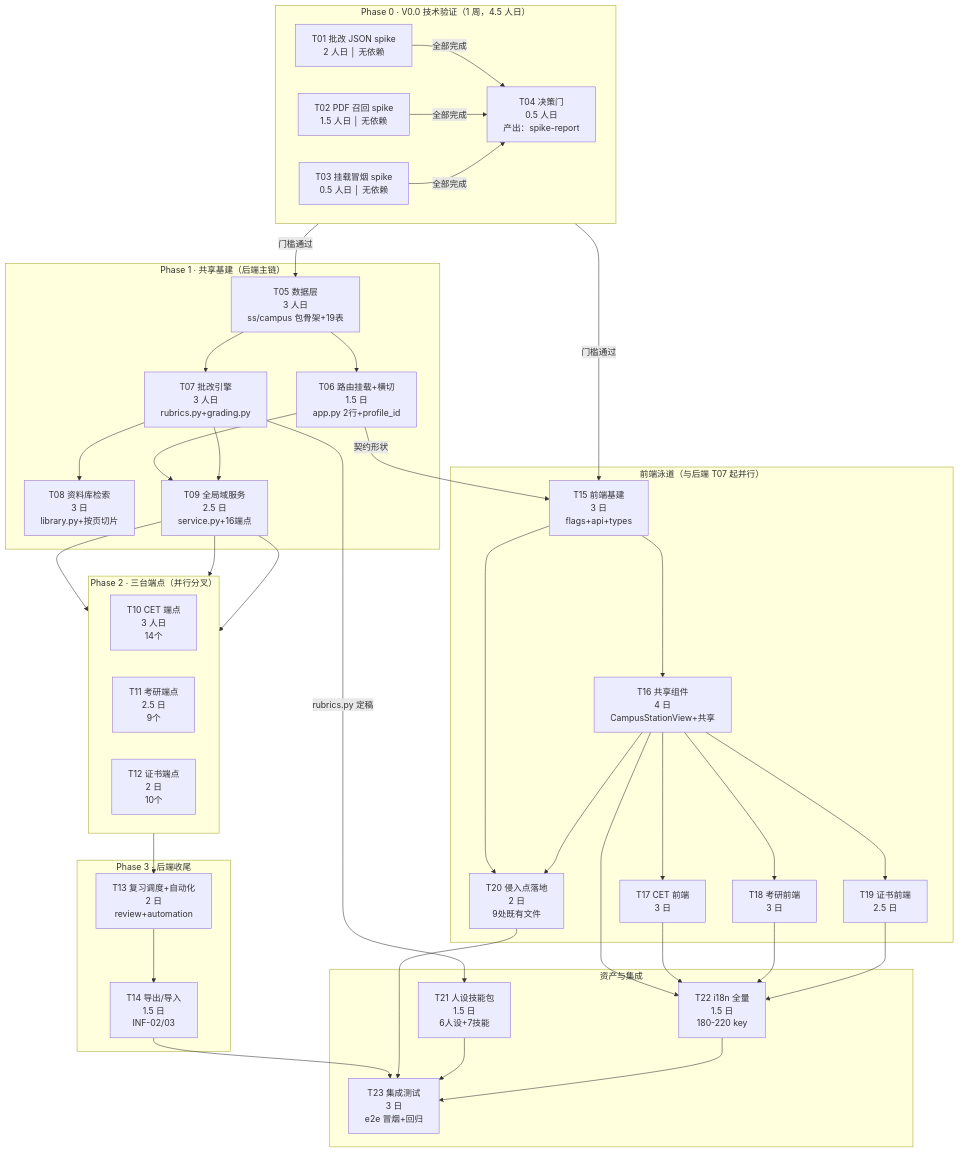
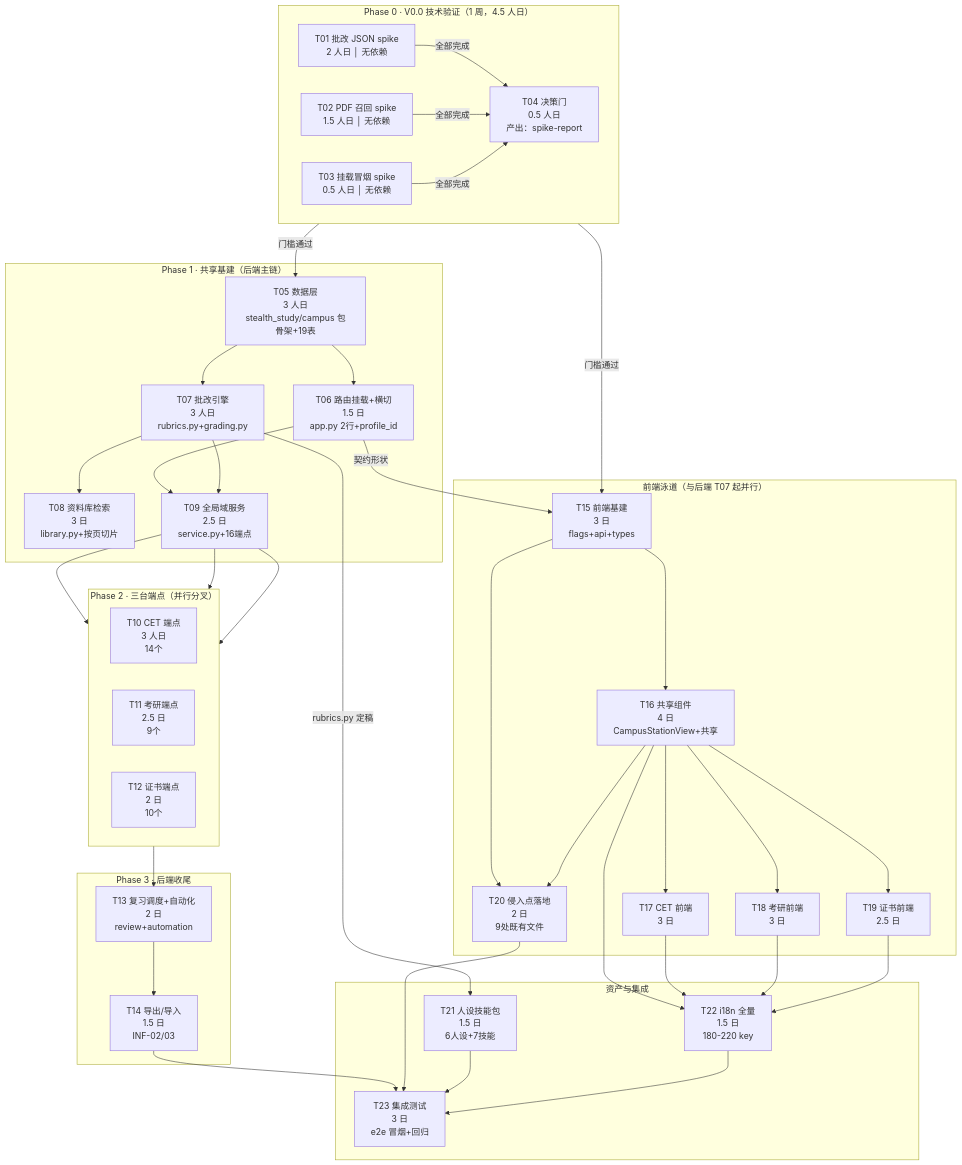
The diagram in docs/dev/09-开发任务路径.md (light-misty/Stealth-Study), drawn with Mermaid before and after one commit. The commit also changed 433 other files, not shown here.

First line of the commit message:
refactor(package): Python 包由 ss 更名为 stealth_study

````diff
--- a/docs/dev/09-开发任务路径.md
+++ b/docs/dev/09-开发任务路径.md
@@ -27,77 +27,77 @@
 ```mermaid
 flowchart TB
     subgraph PHASE0["Phase 0 · V0.0 技术验证（1 周，4.5 人日）"]
         direction LR
         T01["T01 批改 JSON spike<br/>2 人日 │ 无依赖"]
         T02["T02 PDF 召回 spike<br/>1.5 人日 │ 无依赖"]
         T03["T03 挂载冒烟 spike<br/>0.5 人日 │ 无依赖"]
         T01 & T02 & T03 -->|"全部完成"| T04["T04 决策门<br/>0.5 人日<br/>产出：spike-report"]
     end
 
     subgraph PHASE1["Phase 1 · 共享基建（后端主链）"]
-        T05["T05 数据层<br/>3 人日<br/>ss/campus 包骨架+19表"]
+        T05["T05 数据层<br/>3 人日<br/>stealth_study/campus 包骨架+19表"]
         T06["T06 路由挂载+横切<br/>1.5 日<br/>app.py 2行+profile_id"]
         T07["T07 批改引擎<br/>3 人日<br/>rubrics.py+grading.py"]
         T08["T08 资料库检索<br/>3 日<br/>library.py+按页切片"]
         T09["T09 全局域服务<br/>2.5 日<br/>service.py+16端点"]
     end
 
     subgraph PHASE2["Phase 2 · 三台端点（并行分叉）"]
         direction LR
         T10["T10 CET 端点<br/>3 人日<br/>14个"]
         T11["T11 考研端点<br/>2.5 日<br/>9个"]
         T12["T12 证书端点<br/>2 日<br/>10个"]
     end
 
     subgraph PHASE3["Phase 3 · 后端收尾"]
         T13["T13 复习调度+自动化<br/>2 日<br/>review+automation"]
         T14["T14 导出/导入<br/>1.5 日<br/>INF-02/03"]
     end
 
     subgraph FE["前端泳道（与后端 T07 起并行）"]
         T15["T15 前端基建<br/>3 日<br/>flags+api+types"]
         T16["T16 共享组件<br/>4 日<br/>CampusStationView+共享"]
         T17["T17 CET 前端<br/>3 日"]
         T18["T18 考研前端<br/>3 日"]
         T19["T19 证书前端<br/>2.5 日"]
         T20["T20 侵入点落地<br/>2 日<br/>9处既有文件"]
     end
 
     subgraph META["资产与集成"]
         T21["T21 人设技能包<br/>1.5 日<br/>6人设+7技能"]
         T22["T22 i18n 全量<br/>1.5 日<br/>180-220 key"]
         T23["T23 集成测试<br/>3 日<br/>e2e 冒烟+回归"]
     end
 
     T04 -->|"门槛通过"| T05
     T05 --> T06
     T05 --> T07
     T06 --> T09
     T07 --> T08
     T07 --> T09
     T09 --> T10
     T09 --> T11
     T09 --> T12
     T10 --> T13
     T13 --> T14
 
     T04 -->|"门槛通过"| T15
     T06 -->|"契约形状"| T15
     T15 --> T16
     T16 --> T17
     T16 --> T18
     T16 --> T19
     T15 --> T20
     T16 --> T20
 
     T07 -->|"rubrics.py 定稿"| T21
     T16 --> T22
     T17 --> T22
     T18 --> T22
     T19 --> T22
 
     T14 --> T23
     T20 --> T23
     T21 --> T23
     T22 --> T23
 ```
````
